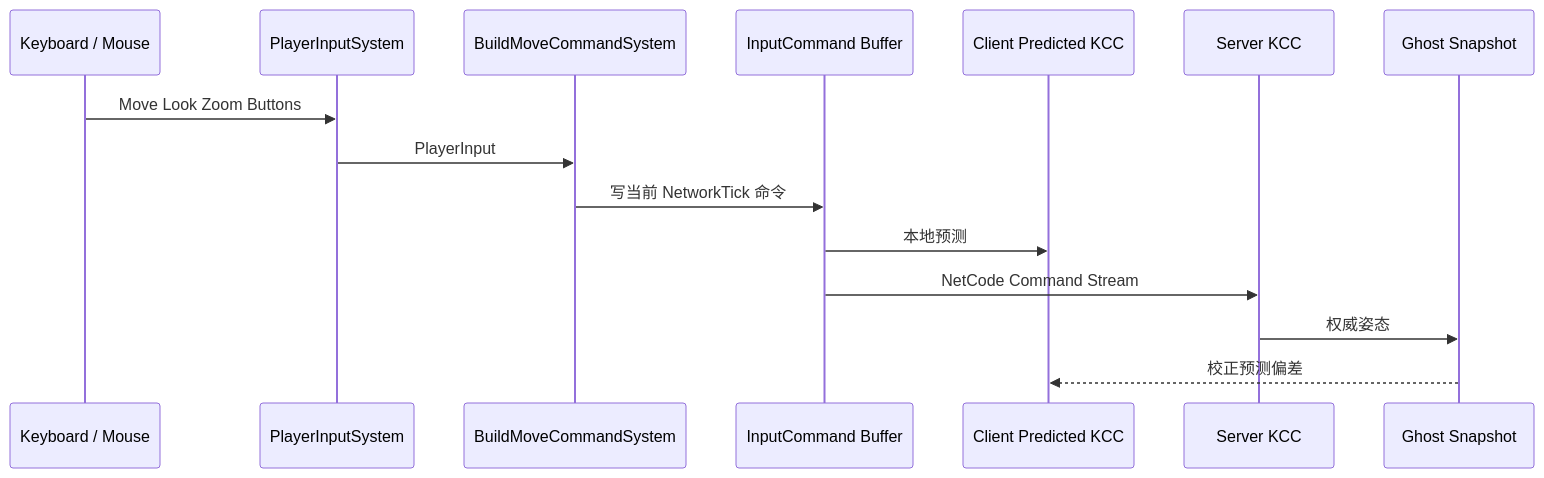
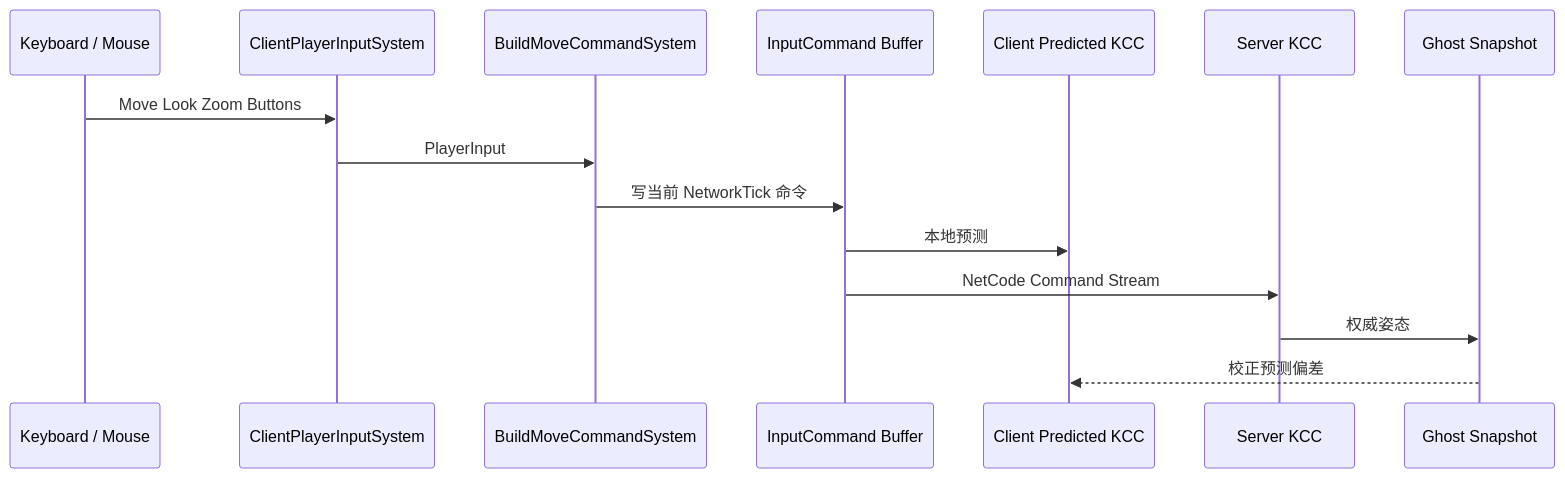
One commit to mcaswen/AnimarsCatcher changed the first of 7 diagrams in docs/Architecture/05_GameplayFlows.md. Above: the diagram before and after it, drawn with Mermaid. The commit also changed other lines of this file and 391 other files, not shown here.

````diff
--- a/docs/Architecture/05_GameplayFlows.md
+++ b/docs/Architecture/05_GameplayFlows.md
@@ -9,18 +9,18 @@
 ```mermaid
 sequenceDiagram
     participant Device as Keyboard / Mouse
-    participant Input as PlayerInputSystem
+    participant Input as ClientPlayerInputSystem
     participant Build as BuildMoveCommandSystem
     participant Cmd as InputCommand Buffer
     participant ClientSim as Client Predicted KCC
     participant ServerSim as Server KCC
     participant Snapshot as Ghost Snapshot
 
     Device->>Input: Move Look Zoom Buttons
     Input->>Build: PlayerInput
     Build->>Cmd: 写当前 NetworkTick 命令
     Cmd->>ClientSim: 本地预测
     Cmd->>ServerSim: NetCode Command Stream
     ServerSim->>Snapshot: 权威姿态
     Snapshot-->>ClientSim: 校正预测偏差
 ```
````
